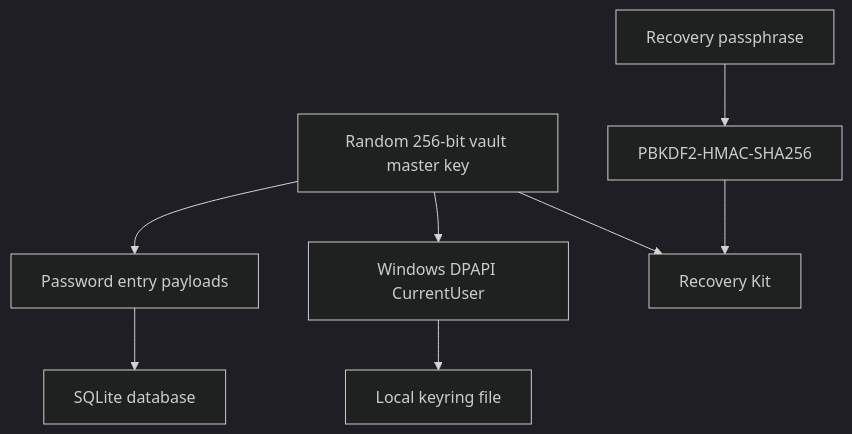
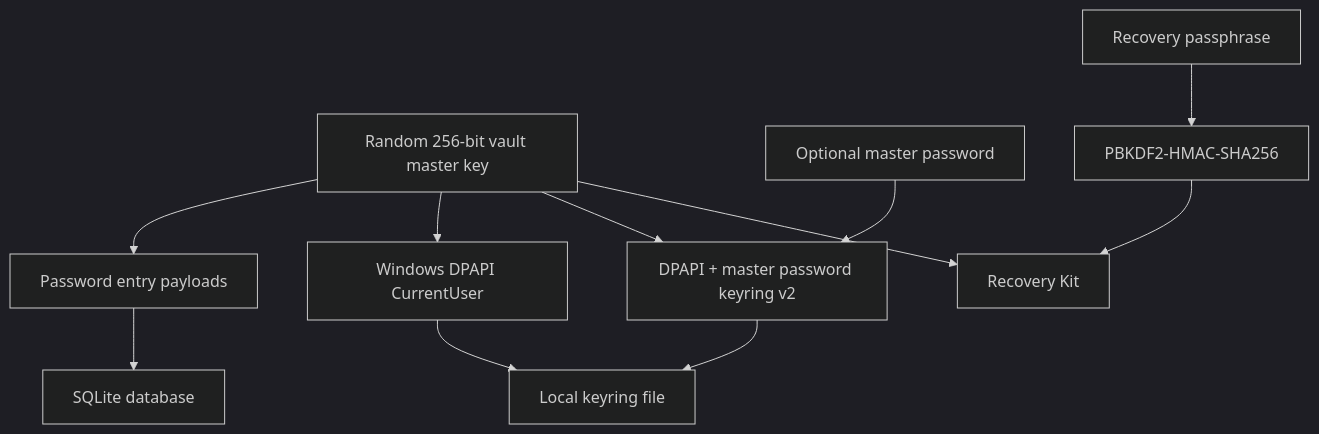
Before and after one commit to viamus/locker-it: the first of 2 diagrams in .docs/security-model.md, drawn with Mermaid (dark theme). The commit also changed other lines of this file and 23 other files, not shown here.

````diff
--- a/.docs/security-model.md
+++ b/.docs/security-model.md
@@ -21,19 +22,24 @@
 ```mermaid
 flowchart TB
     Master["Random 256-bit vault master key"]
     Payload["Password entry payloads"]
     Db["SQLite database"]
     Dpapi["Windows DPAPI CurrentUser"]
     Keyring["Local keyring file"]
     Passphrase["Recovery passphrase"]
+    MasterPassword["Optional master password"]
     Kdf["PBKDF2-HMAC-SHA256"]
     Kit["Recovery Kit"]
+    V2Wrap["DPAPI + master password keyring v2"]
 
     Master --> Payload
     Payload --> Db
     Master --> Dpapi
     Dpapi --> Keyring
+    Master --> V2Wrap
+    MasterPassword --> V2Wrap
+    V2Wrap --> Keyring
     Passphrase --> Kdf
     Kdf --> Kit
     Master --> Kit
 ```
````
